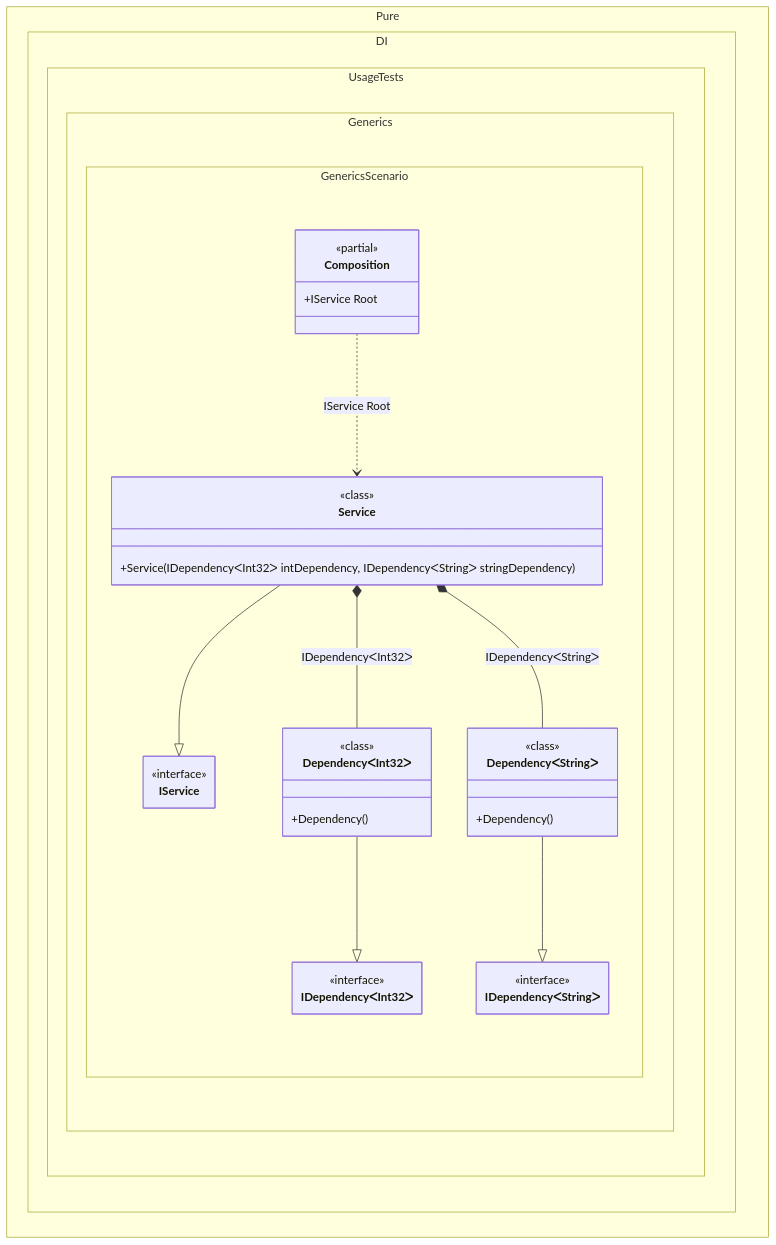
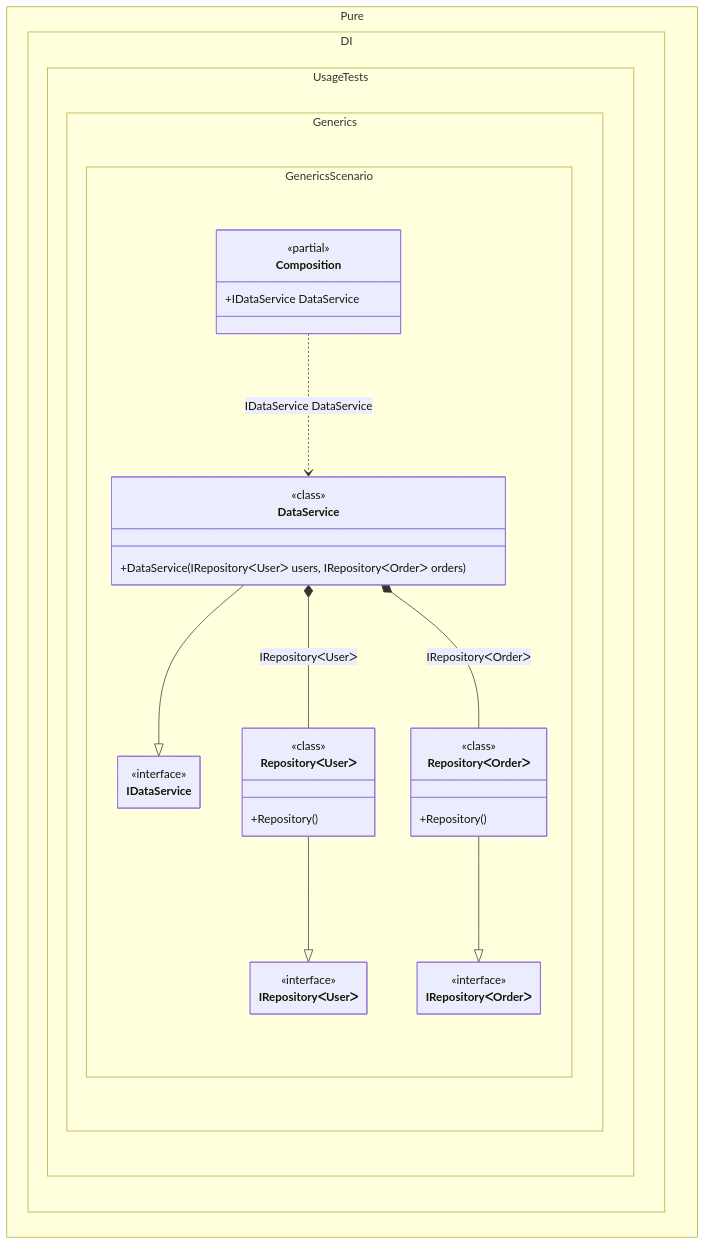
One commit to DevTeam/Pure.DI changed the diagram in readme/generics.md. Above: the diagram before and after it, drawn with Mermaid. The commit also changed other lines of this file and 126 other files, not shown here.

````diff
--- a/readme/generics.md
+++ b/readme/generics.md
@@ -147,43 +157,43 @@
 ```mermaid
 ---
  config:
   maxTextSize: 2147483647
   maxEdges: 2147483647
   class:
    hideEmptyMembersBox: true
 ---
 classDiagram
-	Service --|> IService
-	DependencyᐸInt32ᐳ --|> IDependencyᐸInt32ᐳ
-	DependencyᐸStringᐳ --|> IDependencyᐸStringᐳ
-	Composition ..> Service : IService Root
-	Service *--  DependencyᐸInt32ᐳ : IDependencyᐸInt32ᐳ
-	Service *--  DependencyᐸStringᐳ : IDependencyᐸStringᐳ
+	DataService --|> IDataService
+	RepositoryᐸUserᐳ --|> IRepositoryᐸUserᐳ
+	RepositoryᐸOrderᐳ --|> IRepositoryᐸOrderᐳ
+	Composition ..> DataService : IDataService DataService
+	DataService *--  RepositoryᐸUserᐳ : IRepositoryᐸUserᐳ
+	DataService *--  RepositoryᐸOrderᐳ : IRepositoryᐸOrderᐳ
 	namespace Pure.DI.UsageTests.Generics.GenericsScenario {
 		class Composition {
 		<<partial>>
-		+IService Root
+		+IDataService DataService
 		}
-		class DependencyᐸInt32ᐳ {
+		class DataService {
 				<<class>>
-			+Dependency()
+			+DataService(IRepositoryᐸUserᐳ users, IRepositoryᐸOrderᐳ orders)
 		}
-		class DependencyᐸStringᐳ {
-				<<class>>
-			+Dependency()
-		}
-		class IDependencyᐸInt32ᐳ {
+		class IDataService {
 			<<interface>>
 		}
-		class IDependencyᐸStringᐳ {
+		class IRepositoryᐸOrderᐳ {
 			<<interface>>
 		}
-		class IService {
+		class IRepositoryᐸUserᐳ {
 			<<interface>>
 		}
-		class Service {
+		class RepositoryᐸOrderᐳ {
 				<<class>>
-			+Service(IDependencyᐸInt32ᐳ intDependency, IDependencyᐸStringᐳ stringDependency)
+			+Repository()
+		}
+		class RepositoryᐸUserᐳ {
+				<<class>>
+			+Repository()
 		}
 	}
 ```
````
